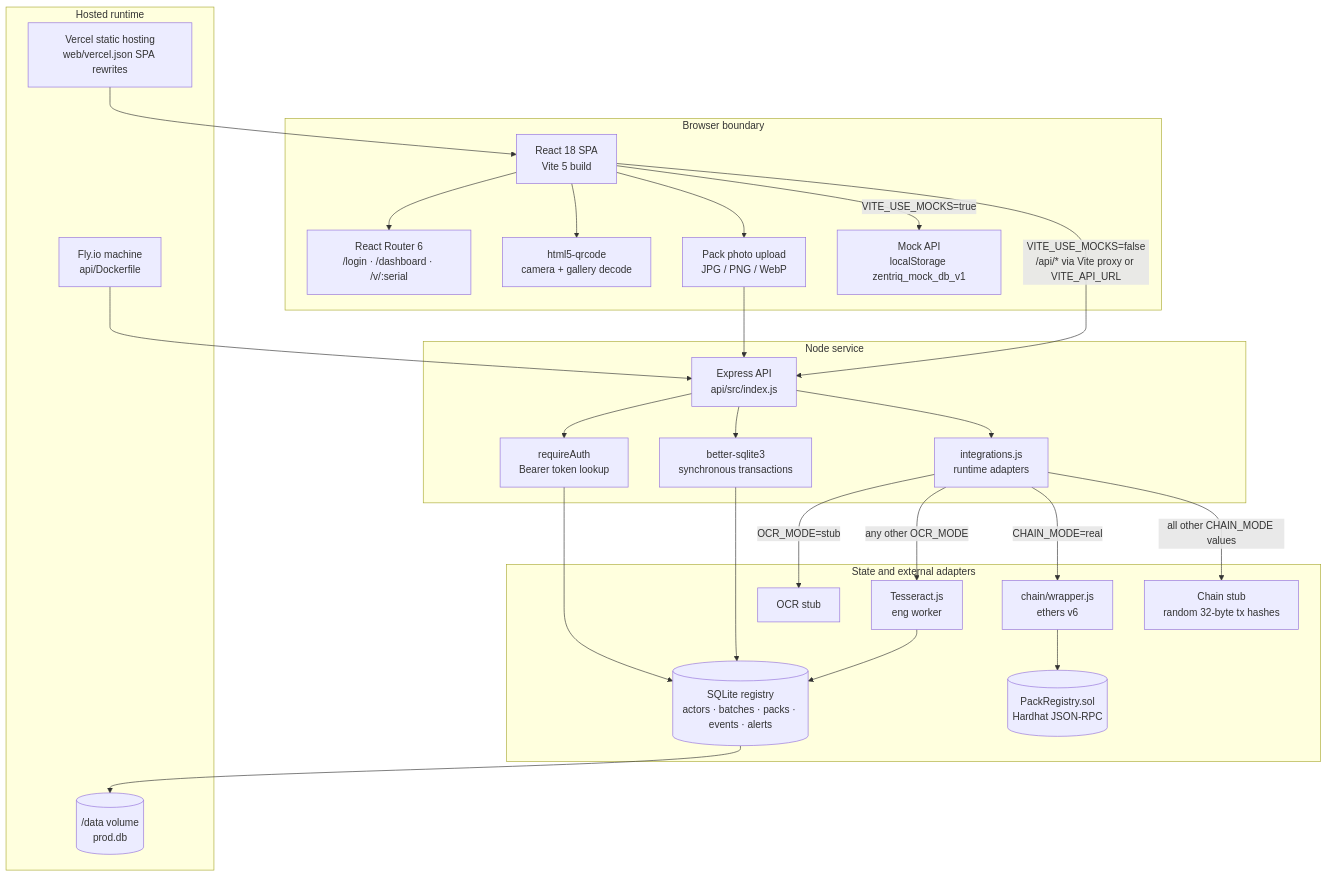
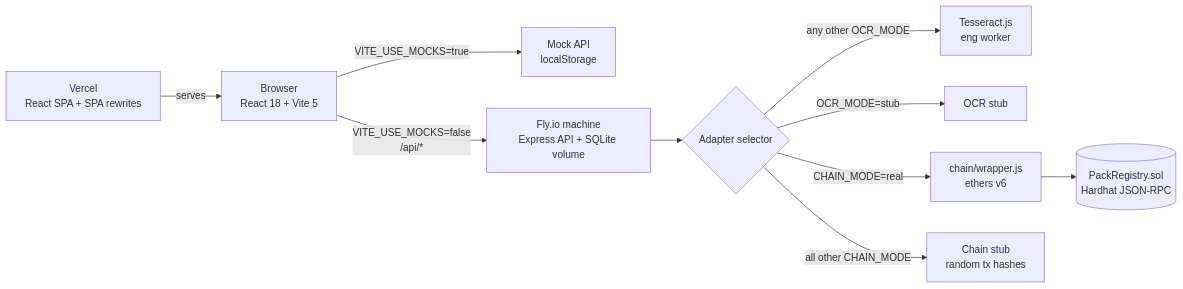
The second of 8 diagrams in README.md (ZENTRIHACK/medicine-verify), drawn with Mermaid before and after one commit. The commit also changed other lines of this file, not shown here.

Commit message:
docs: refine diagrams and document duplicate batch handling

````diff
--- a/README.md
+++ b/README.md
@@ -115,53 +115,23 @@
 ```mermaid
-graph TD
-  subgraph Browser["Browser boundary"]
-    UI["React 18 SPA<br/>Vite 5 build"]
-    ROUTER["React Router 6<br/>/login · /dashboard · /v/:serial"]
-    SCANNER["html5-qrcode<br/>camera + gallery decode"]
-    PHOTO["Pack photo upload<br/>JPG / PNG / WebP"]
-    MOCK["Mock API<br/>localStorage zentriq_mock_db_v1"]
-  end
+flowchart LR
+  EDGE["Vercel<br/>React SPA + SPA rewrites"]
+  UI["Browser<br/>React 18 + Vite 5"]
+  MOCK["Mock API<br/>localStorage"]
+  API["Fly.io machine<br/>Express API + SQLite volume"]
+  MODE{"Adapter selector"}
+  OCR["Tesseract.js<br/>eng worker"]
+  OCRSTUB["OCR stub"]
+  CHAIN["chain/wrapper.js<br/>ethers v6"]
+  CHAINSTUB["Chain stub<br/>random tx hashes"]
+  EVM[("PackRegistry.sol<br/>Hardhat JSON-RPC")]
 
-  subgraph Hosting["Hosted runtime"]
-    VERCEL["Vercel static hosting<br/>web/vercel.json SPA rewrites"]
-    FLY["Fly.io machine<br/>api/Dockerfile"]
-    VOL[("/data volume<br/>prod.db")]
-  end
-
-  subgraph Service["Node service"]
-    API["Express API<br/>api/src/index.js"]
-    AUTH["requireAuth<br/>Bearer token lookup"]
-    INT["integrations.js<br/>runtime adapters"]
-    TX["better-sqlite3<br/>synchronous transactions"]
-  end
-
-  subgraph Data["State and external adapters"]
-    DB[("SQLite registry<br/>actors · batches · packs · events · alerts")]
-    OCR["Tesseract.js<br/>eng worker"]
-    OCRSTUB["OCR stub"]
-    CHAIN["chain/wrapper.js<br/>ethers v6"]
-    CHAINSTUB["Chain stub<br/>random 32-byte tx hashes"]
-    EVM[("PackRegistry.sol<br/>Hardhat JSON-RPC")]
-  end
-
-  VERCEL --> UI
-  UI --> ROUTER
-  UI --> SCANNER
-  UI --> PHOTO
+  EDGE -->|"serves"| UI
   UI -->|"VITE_USE_MOCKS=true"| MOCK
-  UI -->|"VITE_USE_MOCKS=false<br/>/api/* via Vite proxy or VITE_API_URL"| API
-  FLY --> API
-  API --> AUTH
-  AUTH --> DB
-  API --> TX
-  TX --> DB
-  DB --> VOL
-  API --> INT
-  INT -->|"OCR_MODE=stub"| OCRSTUB
-  INT -->|"any other OCR_MODE"| OCR
-  INT -->|"CHAIN_MODE=real"| CHAIN
-  INT -->|"all other CHAIN_MODE values"| CHAINSTUB
-  PHOTO --> API
+  UI -->|"VITE_USE_MOCKS=false<br/>/api/*"| API
+  API --> MODE
+  MODE -->|"OCR_MODE=stub"| OCRSTUB
+  MODE -->|"any other OCR_MODE"| OCR
+  MODE -->|"CHAIN_MODE=real"| CHAIN
+  MODE -->|"all other CHAIN_MODE"| CHAINSTUB
   CHAIN --> EVM
-  OCR --> DB
 ```
````
